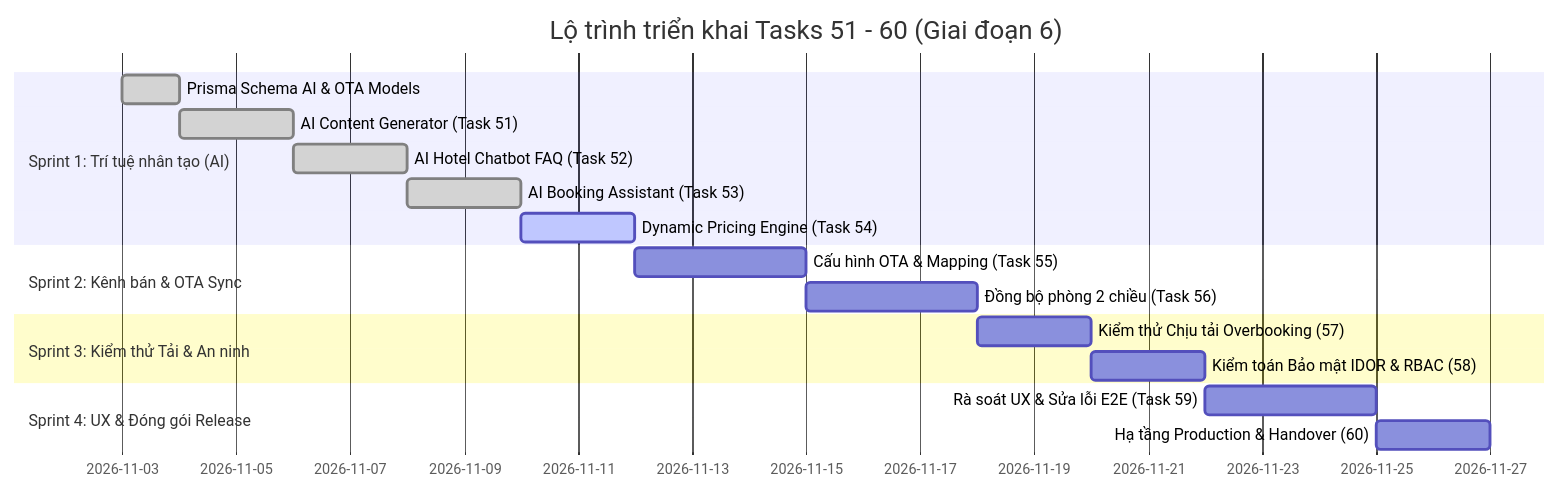
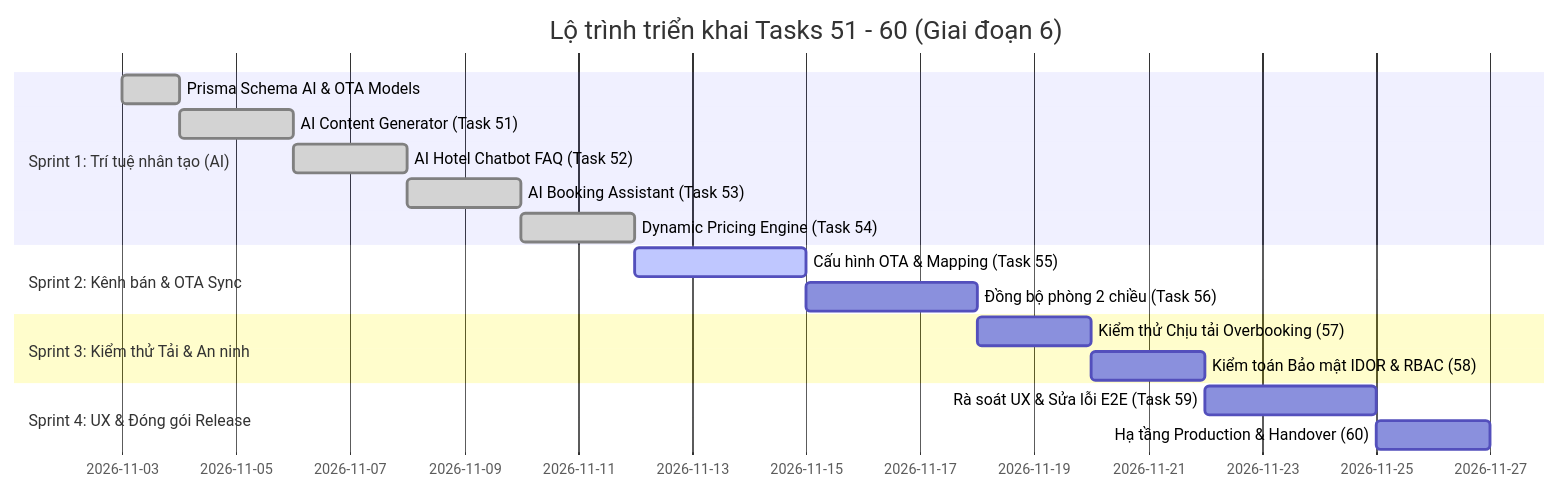
Before and after one commit to vogiahuy2506-lang/Digistay: the second of 2 diagrams in docs/PLAN-TASKS-51-60.md, drawn with Mermaid. The commit also changed 9 other files, not shown here.

Commit message:
feat: implement AI dynamic pricing engine and dashboard recommendations (Task 54)

````diff
--- a/docs/PLAN-TASKS-51-60.md
+++ b/docs/PLAN-TASKS-51-60.md
@@ -440,20 +440,20 @@
 ```mermaid
 gantt
     title Lộ trình triển khai Tasks 51 - 60 (Giai đoạn 6)
     dateFormat  YYYY-MM-DD
     section Sprint 1: Trí tuệ nhân tạo (AI)
     Prisma Schema AI & OTA Models    :done,    sp1_1, 2026-11-03, 1d
     AI Content Generator (Task 51)   :done,    sp1_2, after sp1_1, 2d
     AI Hotel Chatbot FAQ (Task 52)   :done,    sp1_3, after sp1_2, 2d
     AI Booking Assistant (Task 53)   :done,    sp1_4, after sp1_3, 2d
-    Dynamic Pricing Engine (Task 54) :active,  sp1_5, after sp1_4, 2d
+    Dynamic Pricing Engine (Task 54) :done,    sp1_5, after sp1_4, 2d
     section Sprint 2: Kênh bán & OTA Sync
-    Cấu hình OTA & Mapping (Task 55) :         sp2_1, after sp1_5, 3d
+    Cấu hình OTA & Mapping (Task 55) :active,  sp2_1, after sp1_5, 3d
     Đồng bộ phòng 2 chiều (Task 56)  :         sp2_2, after sp2_1, 3d
     section Sprint 3: Kiểm thử Tải & An ninh
     Kiểm thử Chịu tải Overbooking (57):        sp3_1, after sp2_2, 2d
     Kiểm toán Bảo mật IDOR & RBAC (58):        sp3_2, after sp3_1, 2d
     section Sprint 4: UX & Đóng gói Release
     Rà soát UX & Sửa lỗi E2E (Task 59):       sp4_1, after sp3_2, 3d
     Hạ tầng Production & Handover (60):       sp4_2, after sp4_1, 2d
 ```
````
